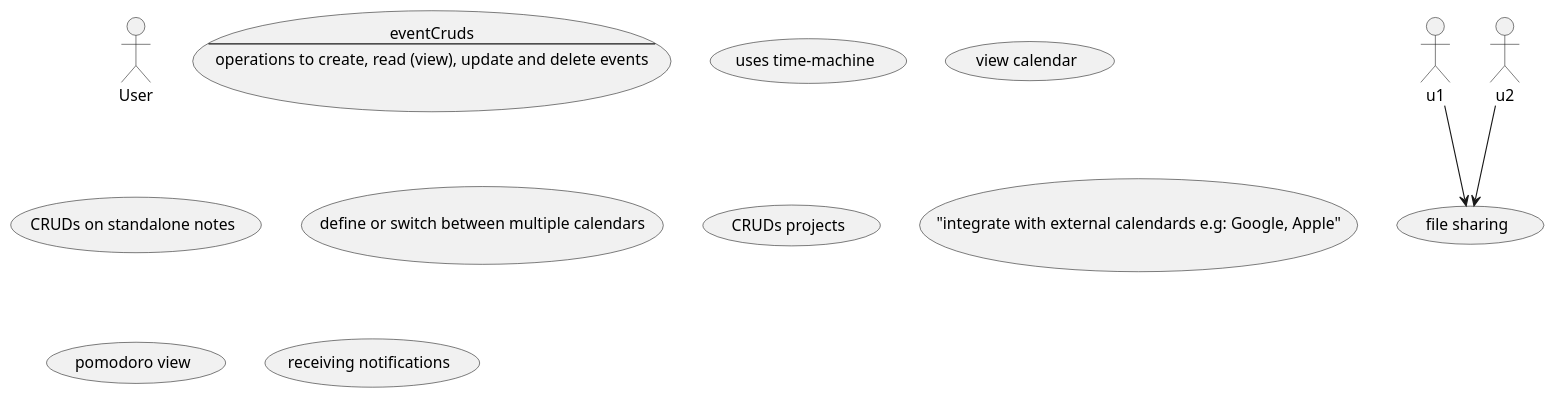
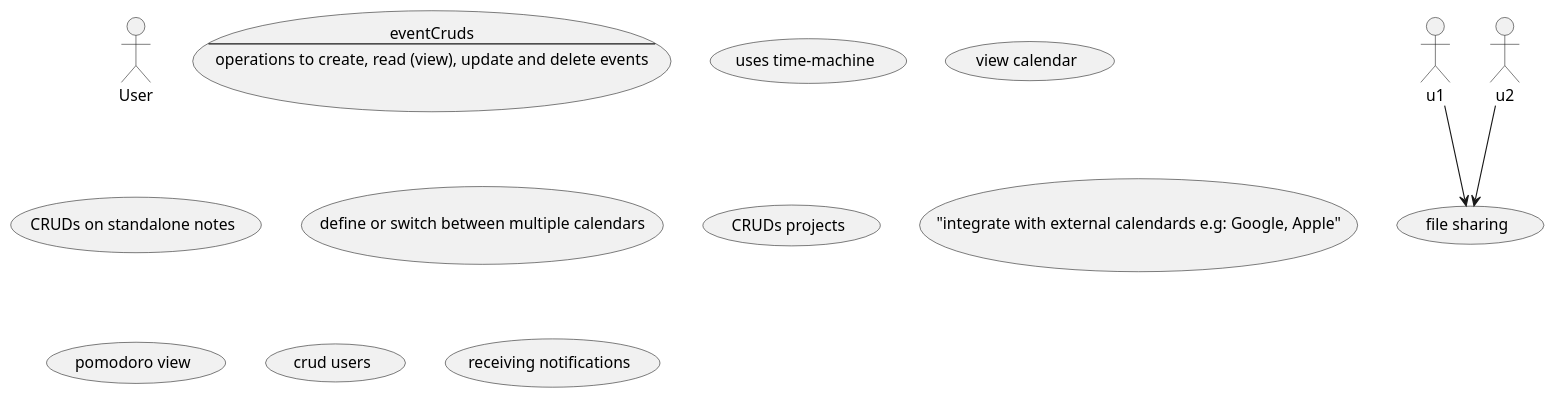
Before and after one commit to Iaco1/Selfie: the diagram in Angular/docs/uc.puml, drawn with PlantUML. The commit also changed 6 other files, not shown here.

```diff
--- a/Angular/docs/uc.puml
+++ b/Angular/docs/uc.puml
@@ -1,25 +1,26 @@
 @startuml
 
 :User:
 
 usecase eventCruds as "eventCruds
 --
 operations to create, read (view), update and delete events"
 
 (uses time-machine) as (timemachine)
 (view calendar) as (calendarView)
 (CRUDs on standalone notes) as (notesCruds)
 (define or switch between multiple calendars) as (calendarSwitch)
 (CRUDs projects) as (projectsCruds)
 ("integrate with external calendards e.g: Google, Apple") as (externalIntegration)
 (pomodoro view) as (pomodoroView)
 (file sharing) as (fs)
+(crud users) as (cu)
 
 (receiving notifications) as (nr)
 
 
 :u1: --> fs
 :u2: --> fs
 
 
 @enduml
```
